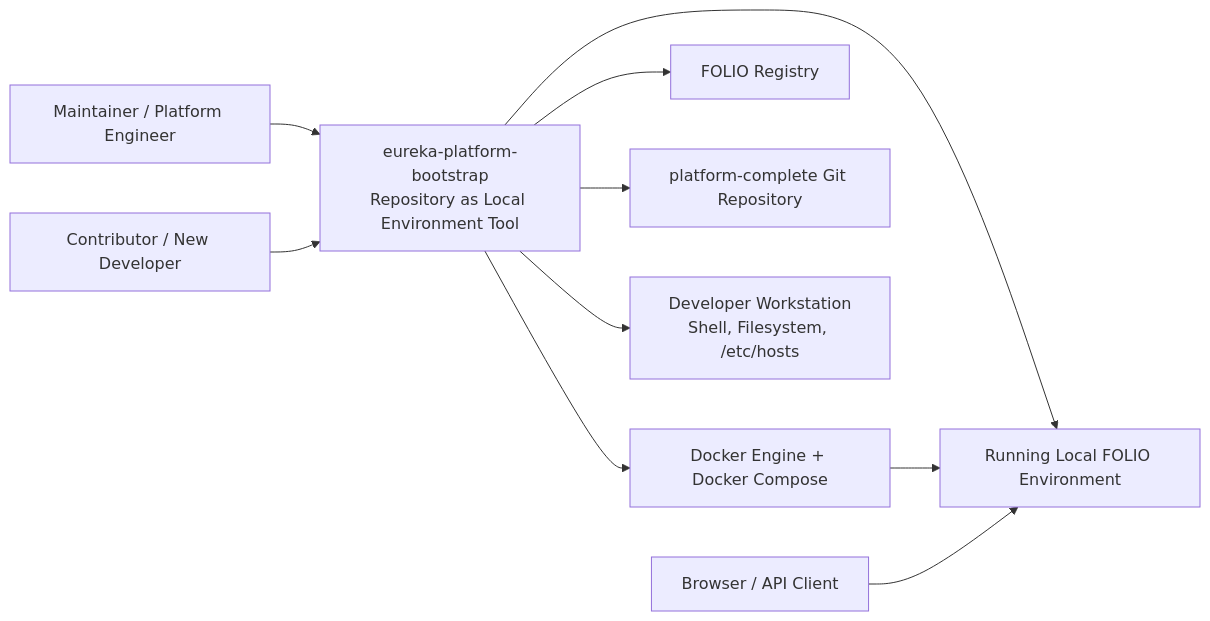
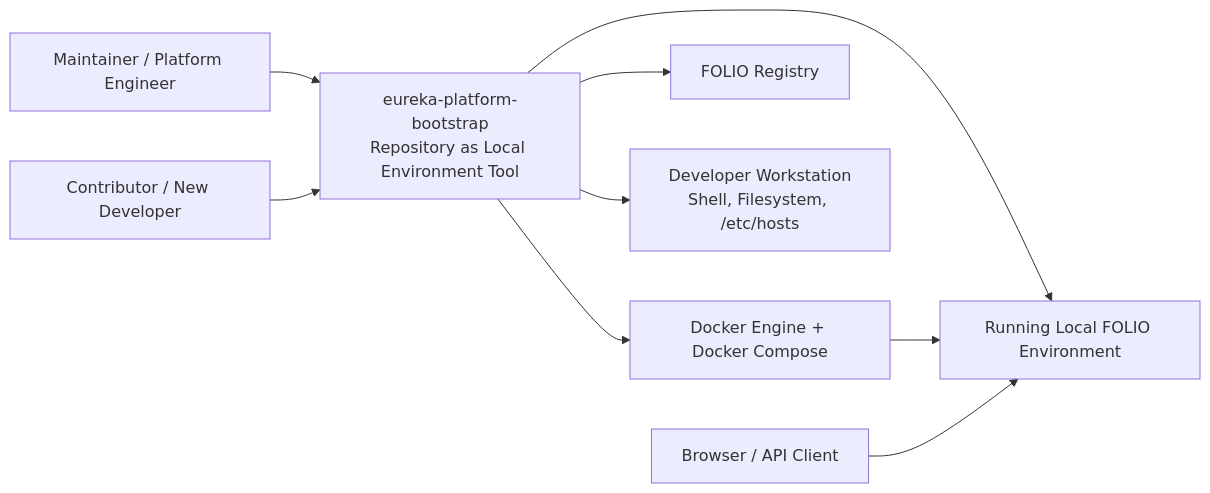
One commit to folio-org/eureka-platform-bootstrap changed the diagram in docs/architecture/system-context.md. Above: the diagram before and after it, drawn with Mermaid. The commit also changed other lines of this file and 34 other files, not shown here.

````diff
--- a/docs/architecture/system-context.md
+++ b/docs/architecture/system-context.md
@@ -19,22 +18,20 @@
 ```mermaid
 flowchart LR
   Maintainer["Maintainer / Platform Engineer"]
   Contributor["Contributor / New Developer"]
   Repo["eureka-platform-bootstrap\nRepository as Local Environment Tool"]
   Docker["Docker Engine + Docker Compose"]
   Registry["FOLIO Registry"]
-  PlatformComplete["platform-complete Git Repository"]
   Host["Developer Workstation\nShell, Filesystem, /etc/hosts"]
   Runtime["Running Local FOLIO Environment"]
   Browser["Browser / API Client"]
 
   Maintainer --> Repo
   Contributor --> Repo
   Repo --> Docker
   Repo --> Registry
-  Repo --> PlatformComplete
   Repo --> Host
   Repo --> Runtime
   Docker --> Runtime
   Browser --> Runtime
 ```
````
